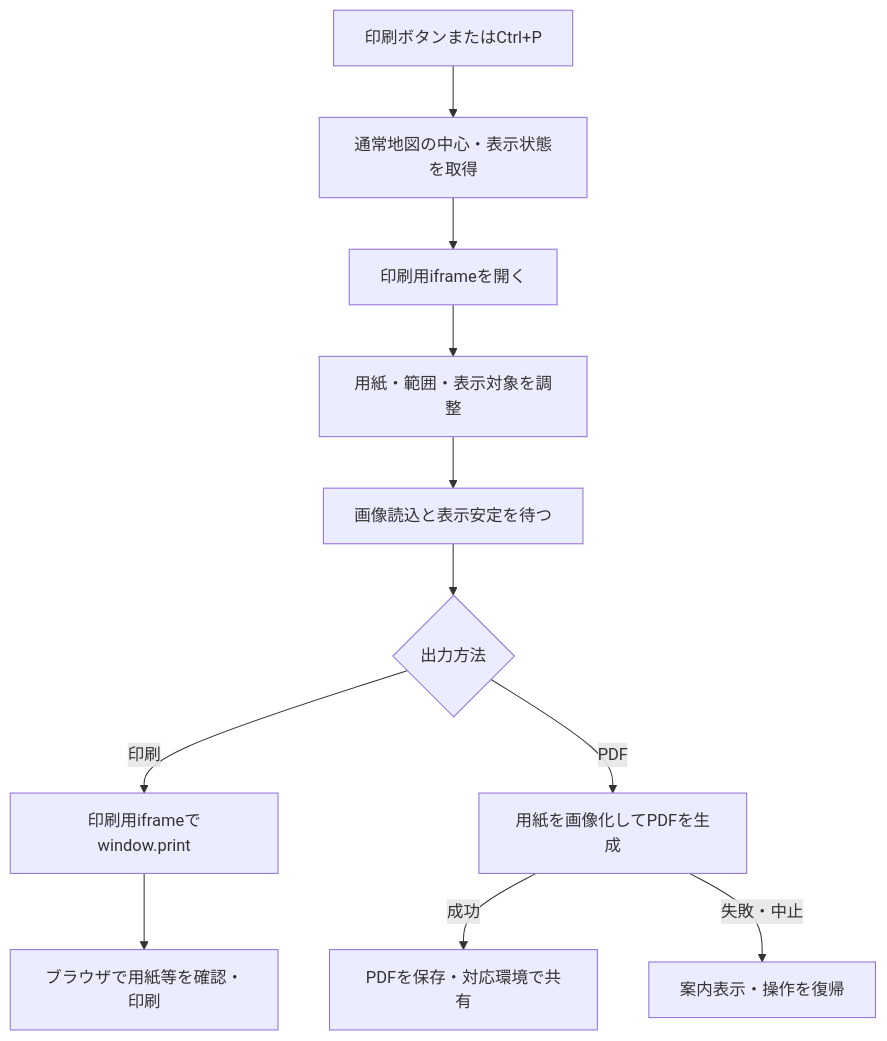
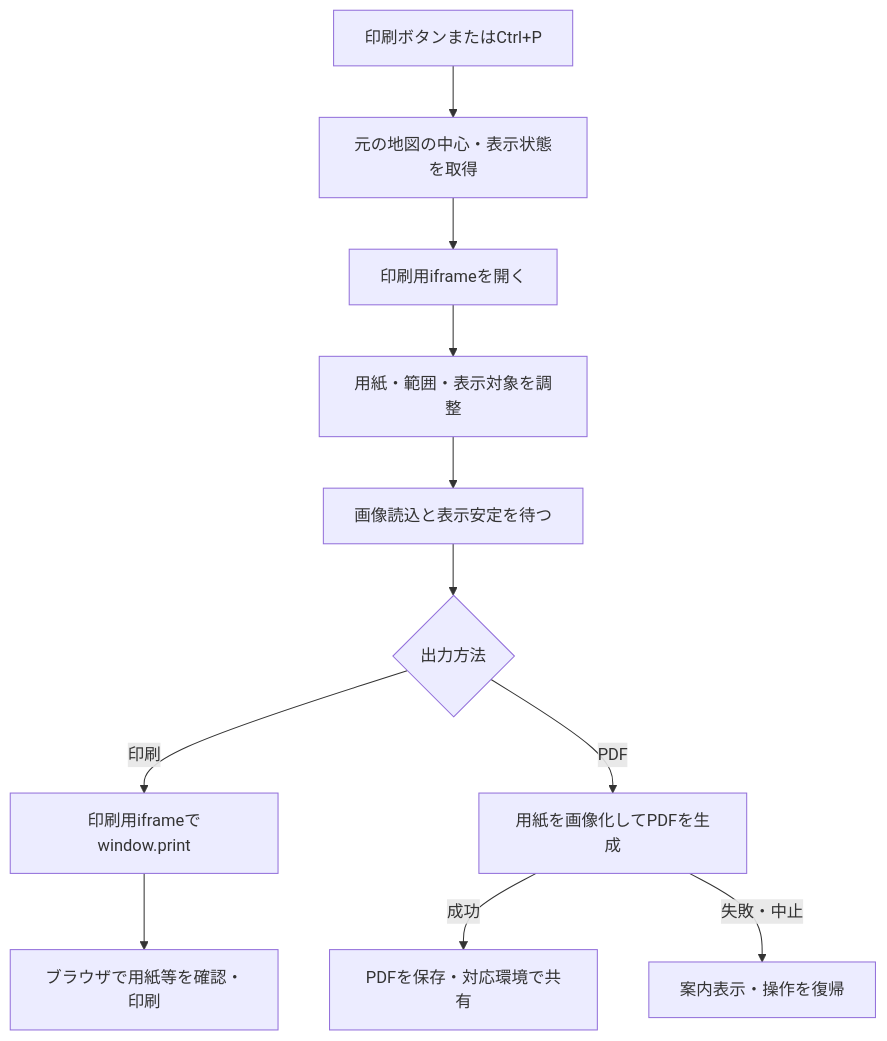
Before and after one commit to itsuki-maru/GeoCode-Web-Single: the diagram in docs/MAP_PRINTING.md, drawn with Mermaid. The commit also changed other lines of this file and 104 other files, not shown here.

First line of the commit message:
別画面地図のマップ共有機能を実装 (#216)

````diff
--- a/docs/MAP_PRINTING.md
+++ b/docs/MAP_PRINTING.md
@@ -7,13 +7,13 @@
 ```mermaid
 flowchart TD
-    A["印刷ボタンまたはCtrl+P"] --> B["通常地図の中心・表示状態を取得"]
+    A["印刷ボタンまたはCtrl+P"] --> B["元の地図の中心・表示状態を取得"]
     B --> C["印刷用iframeを開く"]
     C --> D["用紙・範囲・表示対象を調整"]
     D --> E["画像読込と表示安定を待つ"]
     E --> F{"出力方法"}
     F -->|印刷| G["印刷用iframeでwindow.print"]
     G --> H["ブラウザで用紙等を確認・印刷"]
     F -->|PDF| I["用紙を画像化してPDFを生成"]
     I -->|成功| J["PDFを保存・対応環境で共有"]
     I -->|失敗・中止| K["案内表示・操作を復帰"]
 ```
````
